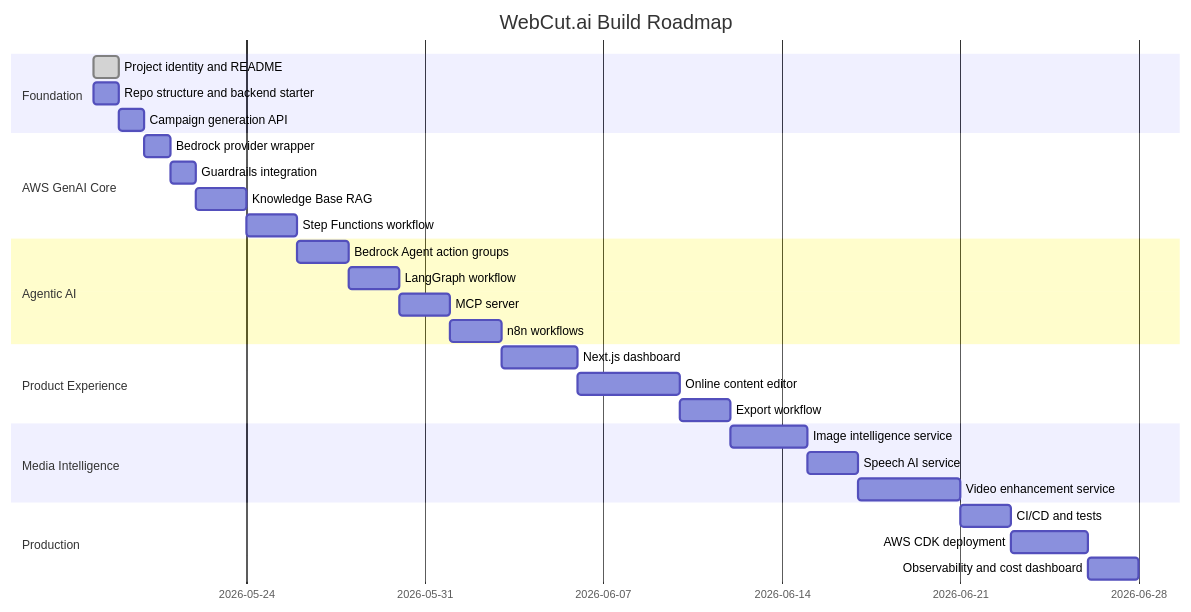
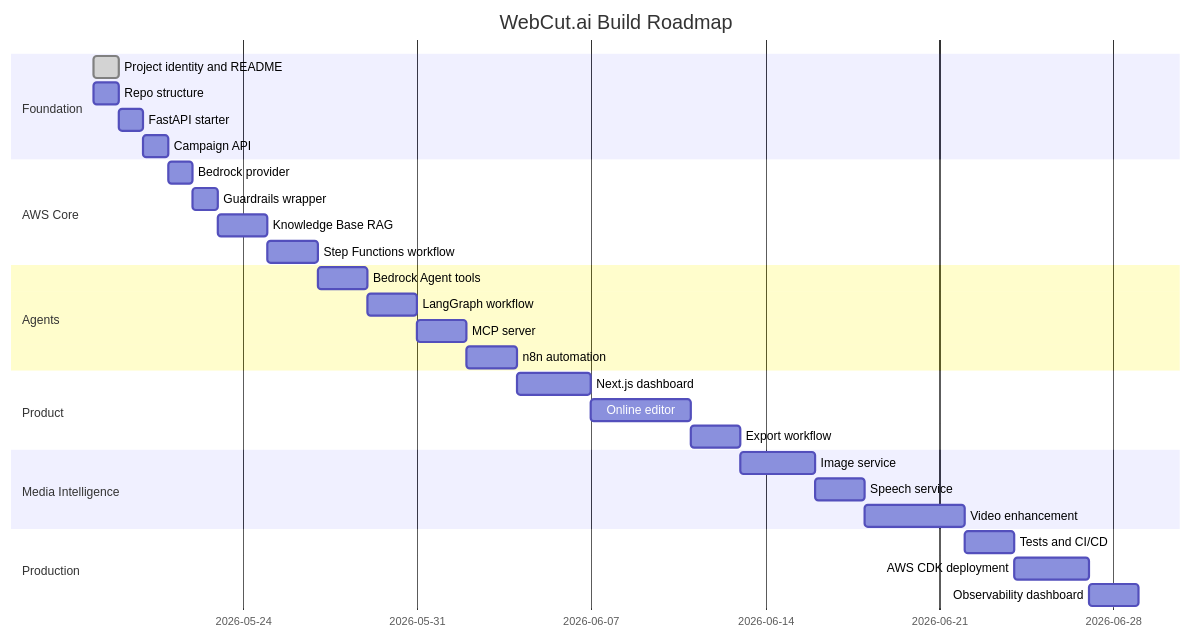
One commit to SwapnilMundhekar/WebCut.ai-CreativeOps-Agent-Platform changed the eighth of 8 diagrams in README.md. Above: the diagram before and after it, drawn with Mermaid. The commit also changed other lines of this file, not shown here.

First line of the commit message:
Revise README for clarity and content updates

````diff
--- a/README.md
+++ b/README.md
@@ -498,37 +534,38 @@
 ```mermaid
 gantt
     title WebCut.ai Build Roadmap
     dateFormat  YYYY-MM-DD
 
     section Foundation
     Project identity and README           :done, r1, 2026-05-18, 1d
-    Repo structure and backend starter    :r2, 2026-05-18, 1d
-    Campaign generation API               :r3, 2026-05-19, 1d
+    Repo structure                        :r2, 2026-05-18, 1d
+    FastAPI starter                       :r3, 2026-05-19, 1d
+    Campaign API                          :r4, 2026-05-20, 1d
 
-    section AWS GenAI Core
-    Bedrock provider wrapper              :r4, 2026-05-20, 1d
-    Guardrails integration                :r5, 2026-05-21, 1d
-    Knowledge Base RAG                    :r6, 2026-05-22, 2d
-    Step Functions workflow               :r7, 2026-05-24, 2d
+    section AWS Core
+    Bedrock provider                      :r5, 2026-05-21, 1d
+    Guardrails wrapper                    :r6, 2026-05-22, 1d
+    Knowledge Base RAG                    :r7, 2026-05-23, 2d
+    Step Functions workflow               :r8, 2026-05-25, 2d
 
-    section Agentic AI
-    Bedrock Agent action groups           :r8, 2026-05-26, 2d
-    LangGraph workflow                    :r9, 2026-05-28, 2d
-    MCP server                            :r10, 2026-05-30, 2d
-    n8n workflows                         :r11, 2026-06-01, 2d
+    section Agents
+    Bedrock Agent tools                   :r9, 2026-05-27, 2d
+    LangGraph workflow                    :r10, 2026-05-29, 2d
+    MCP server                            :r11, 2026-05-31, 2d
+    n8n automation                        :r12, 2026-06-02, 2d
 
-    section Product Experience
-    Next.js dashboard                     :r12, 2026-06-03, 3d
-    Online content editor                 :r13, 2026-06-06, 4d
-    Export workflow                       :r14, 2026-06-10, 2d
+    section Product
+    Next.js dashboard                     :r13, 2026-06-04, 3d
+    Online editor                         :r14, 2026-06-07, 4d
+    Export workflow                       :r15, 2026-06-11, 2d
 
     section Media Intelligence
-    Image intelligence service            :r15, 2026-06-12, 3d
-    Speech AI service                     :r16, 2026-06-15, 2d
-    Video enhancement service             :r17, 2026-06-17, 4d
+    Image service                         :r16, 2026-06-13, 3d
+    Speech service                        :r17, 2026-06-16, 2d
+    Video enhancement                     :r18, 2026-06-18, 4d
 
     section Production
-    CI/CD and tests                       :r18, 2026-06-21, 2d
-    AWS CDK deployment                    :r19, 2026-06-23, 3d
-    Observability and cost dashboard      :r20, 2026-06-26, 2d
+    Tests and CI/CD                       :r19, 2026-06-22, 2d
+    AWS CDK deployment                    :r20, 2026-06-24, 3d
+    Observability dashboard               :r21, 2026-06-27, 2d
 ```
````
